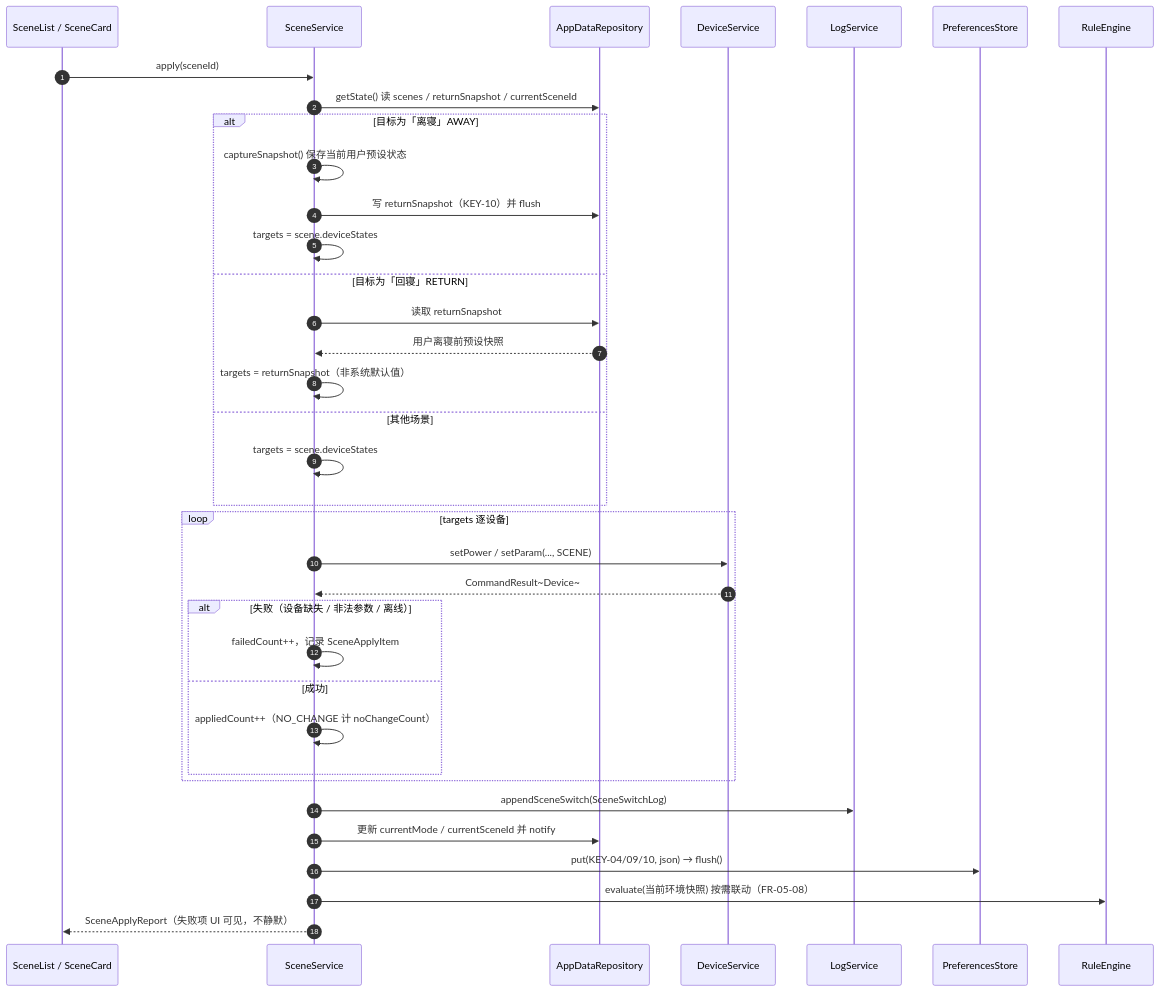
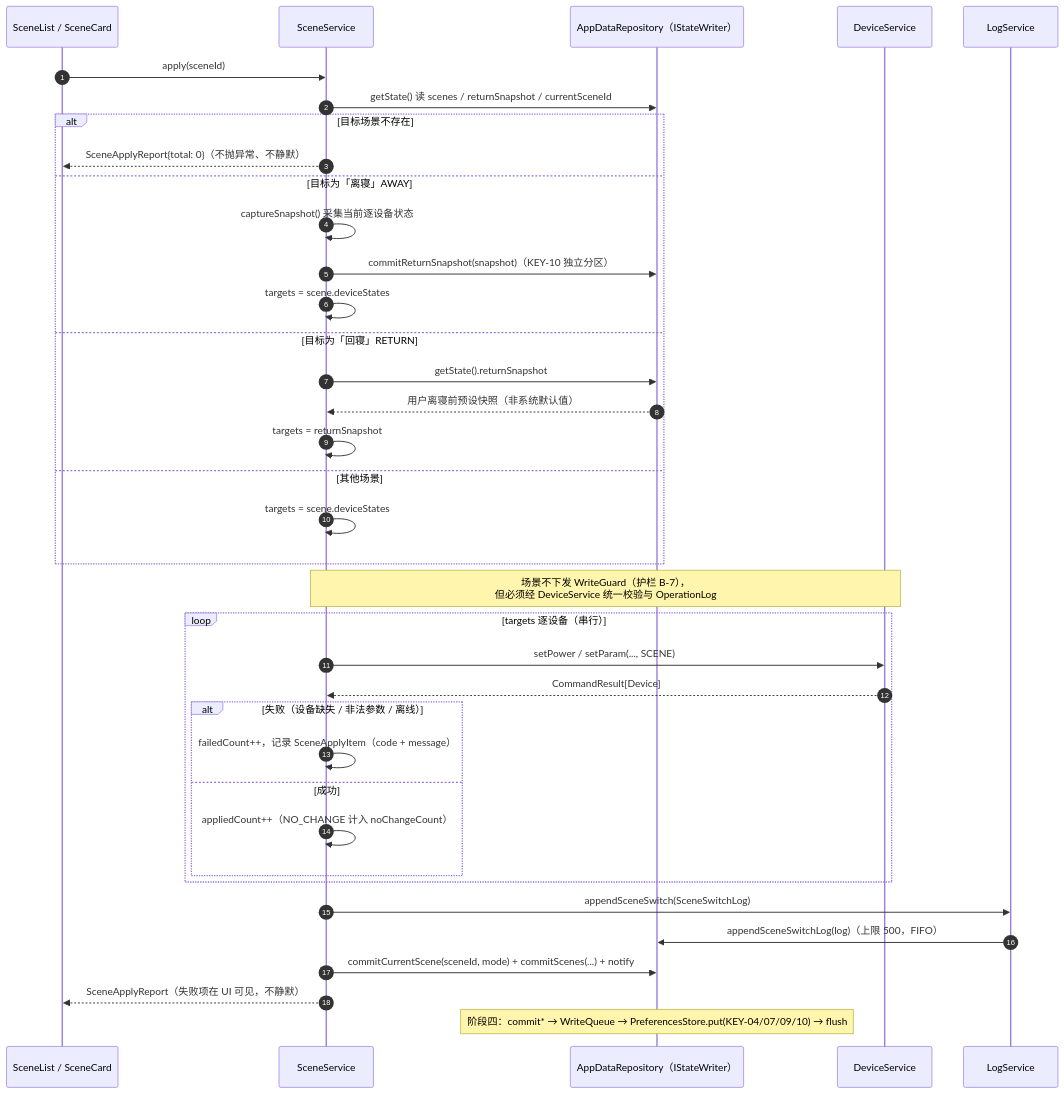
Before and after one commit to Yu-qiamWei/SmartDorm-HarmonyOS: the sixth of 6 diagrams in design/系统架构设计.md, drawn with Mermaid. The commit also changed other lines of this file and 2 other files, not shown here.

Commit message:
docs(design): rule on 6 signature divergences and align diagrams

````diff
--- a/design/系统架构设计.md
+++ b/design/系统架构设计.md
@@ -1629,39 +2012,41 @@
 ```mermaid
+%% 本图与 design/sequence-diagram.mermaid 中 FLOW-04 逐行一致（V1.0.3）
 sequenceDiagram
     autonumber
     participant UI as SceneList / SceneCard
     participant SS as SceneService
-    participant REPO as AppDataRepository
+    participant REPO as AppDataRepository（IStateWriter）
     participant DS as DeviceService
     participant LS as LogService
-    participant PS as PreferencesStore
-    participant RE as RuleEngine
 
     UI->>SS: apply(sceneId)
     SS->>REPO: getState() 读 scenes / returnSnapshot / currentSceneId
-    alt 目标为「离寝」AWAY
-        SS->>SS: captureSnapshot() 保存当前用户预设状态
-        SS->>REPO: 写 returnSnapshot（KEY-10）并 flush
+    alt 目标场景不存在
+        SS-->>UI: SceneApplyReport{total: 0}（不抛异常、不静默）
+    else 目标为「离寝」AWAY
+        SS->>SS: captureSnapshot() 采集当前逐设备状态
+        SS->>REPO: commitReturnSnapshot(snapshot)（KEY-10 独立分区）
         SS->>SS: targets = scene.deviceStates
     else 目标为「回寝」RETURN
-        SS->>REPO: 读取 returnSnapshot
-        REPO-->>SS: 用户离寝前预设快照
-        SS->>SS: targets = returnSnapshot（非系统默认值）
+        SS->>REPO: getState().returnSnapshot
+        REPO-->>SS: 用户离寝前预设快照（非系统默认值）
+        SS->>SS: targets = returnSnapshot
     else 其他场景
         SS->>SS: targets = scene.deviceStates
     end
-    loop targets 逐设备
+    Note over SS,DS: 场景不下发 WriteGuard（护栏 B-7），<br/>但必须经 DeviceService 统一校验与 OperationLog
+    loop targets 逐设备（串行）
         SS->>DS: setPower / setParam(..., SCENE)
-        DS-->>SS: CommandResult~Device~
+        DS-->>SS: CommandResult[Device]
         alt 失败（设备缺失 / 非法参数 / 离线）
-            SS->>SS: failedCount++，记录 SceneApplyItem
+            SS->>SS: failedCount++，记录 SceneApplyItem（code + message）
         else 成功
-            SS->>SS: appliedCount++（NO_CHANGE 计 noChangeCount）
+            SS->>SS: appliedCount++（NO_CHANGE 计入 noChangeCount）
         end
     end
     SS->>LS: appendSceneSwitch(SceneSwitchLog)
-    SS->>REPO: 更新 currentMode / currentSceneId 并 notify
-    SS->>PS: put(KEY-04/09/10, json) → flush()
-    SS->>RE: evaluate(当前环境快照) 按需联动（FR-05-08）
-    SS-->>UI: SceneApplyReport（失败项 UI 可见，不静默）
+    LS->>REPO: appendSceneSwitchLog(log)（上限 500，FIFO）
+    SS->>REPO: commitCurrentScene(sceneId, mode) + commitScenes(...) + notify
+    SS-->>UI: SceneApplyReport（失败项在 UI 可见，不静默）
+    Note over REPO: 阶段四：commit* → WriteQueue → PreferencesStore.put(KEY-04/07/09/10) → flush
 ```
````
